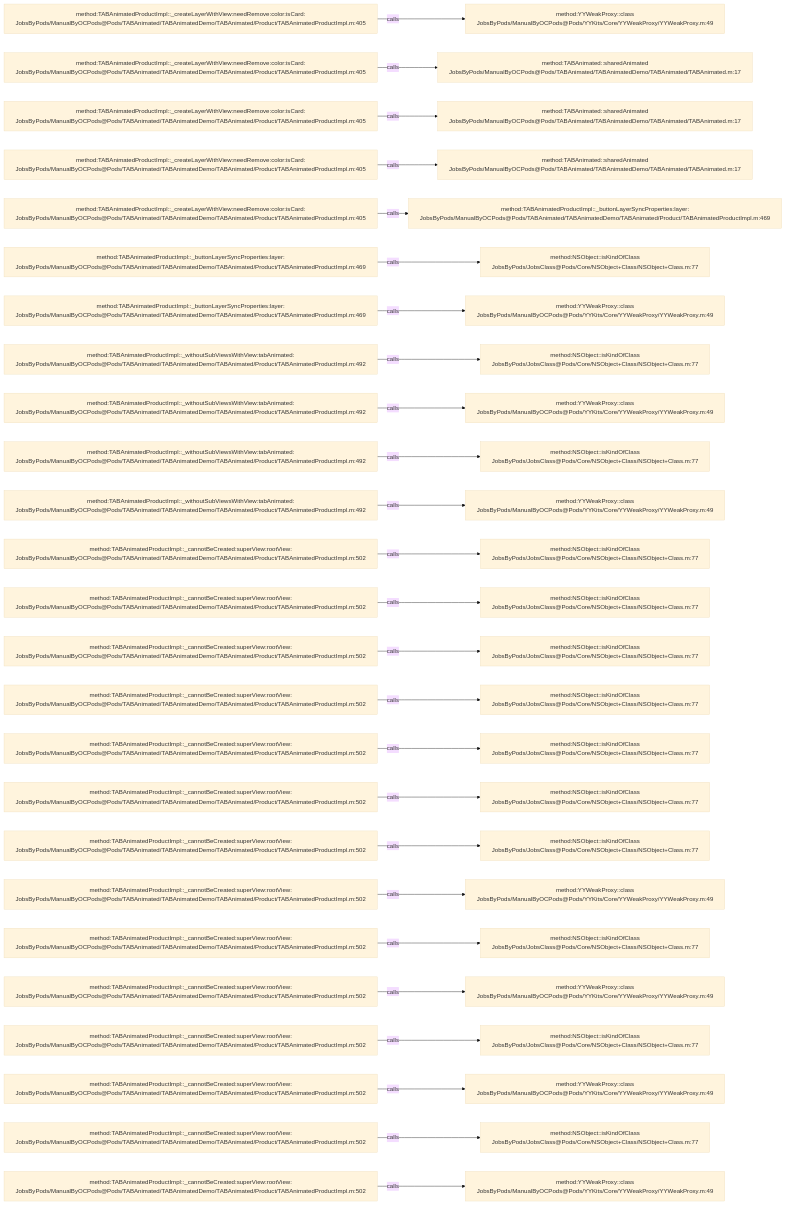
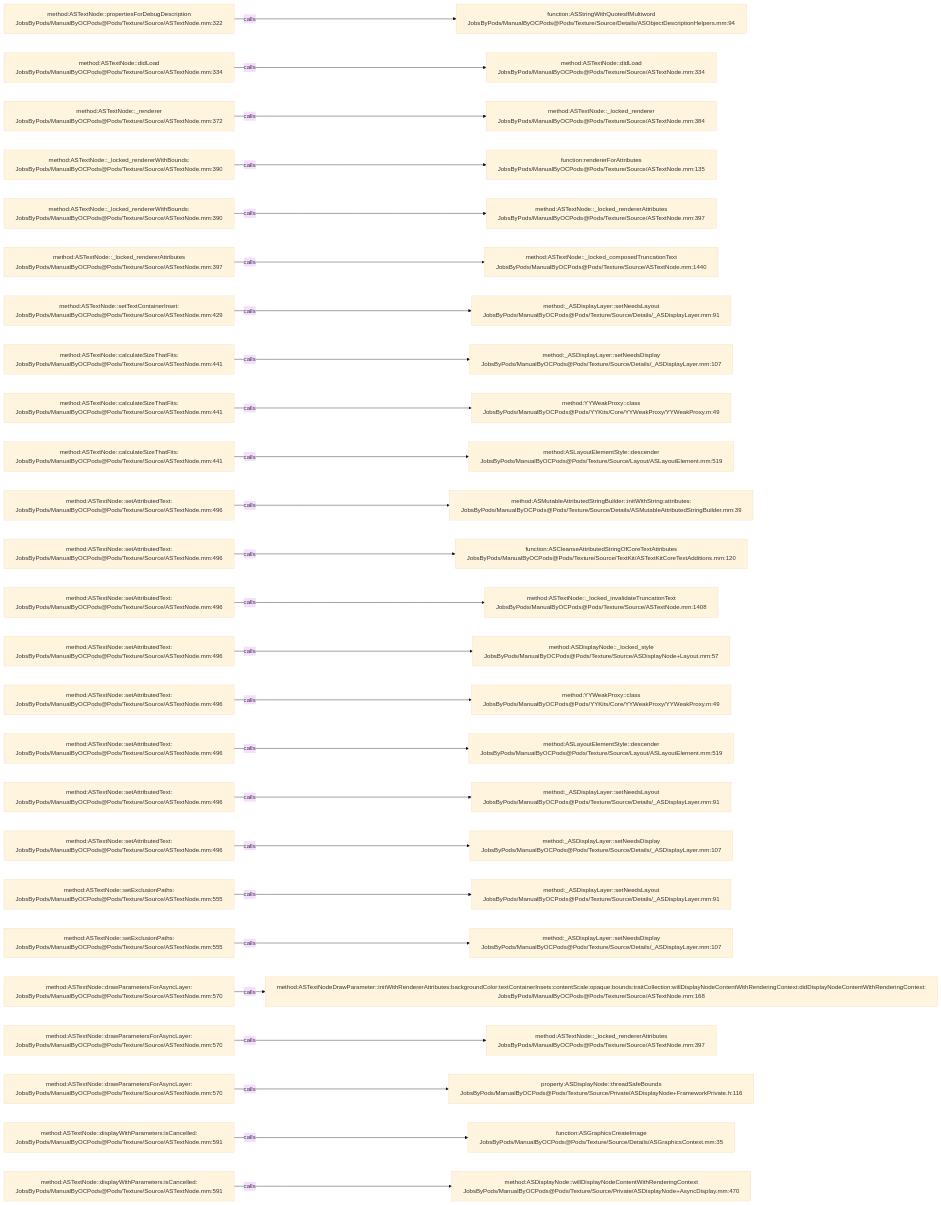
Before and after one commit to JobsKits/JobsOCBaseConfigDemo: the diagram in .codegraph/codegraph.md/graphs/calls-142.md, drawn with Mermaid (base theme). The commit also changed 2162 other files, not shown here.

````diff
--- a/.codegraph/codegraph.md/graphs/calls-142.md
+++ b/.codegraph/codegraph.md/graphs/calls-142.md
@@ -13,78 +13,78 @@
 ```mermaid
 flowchart LR
-  S1["method:TABAnimatedProductImpl::_createLayerWithView:needRemove:color:isCard:<br/>JobsByPods/ManualByOCPods@Pods/TABAnimated/TABAnimatedDemo/TABAnimated/Product/TABAnimatedProductImpl.m:405"]
-  T1["method:YYWeakProxy::class<br/>JobsByPods/ManualByOCPods@Pods/YYKits/Core/YYWeakProxy/YYWeakProxy.m:49"]
+  S1["method:ASTextNode::propertiesForDebugDescription<br/>JobsByPods/ManualByOCPods@Pods/Texture/Source/ASTextNode.mm:322"]
+  T1["function:ASStringWithQuotesIfMultiword<br/>JobsByPods/ManualByOCPods@Pods/Texture/Source/Details/ASObjectDescriptionHelpers.mm:94"]
   S1 -->|calls| T1
-  S2["method:TABAnimatedProductImpl::_createLayerWithView:needRemove:color:isCard:<br/>JobsByPods/ManualByOCPods@Pods/TABAnimated/TABAnimatedDemo/TABAnimated/Product/TABAnimatedProductImpl.m:405"]
-  T2["method:TABAnimated::sharedAnimated<br/>JobsByPods/ManualByOCPods@Pods/TABAnimated/TABAnimatedDemo/TABAnimated/TABAnimated.m:17"]
+  S2["method:ASTextNode::didLoad<br/>JobsByPods/ManualByOCPods@Pods/Texture/Source/ASTextNode.mm:334"]
+  T2["method:ASTextNode::didLoad<br/>JobsByPods/ManualByOCPods@Pods/Texture/Source/ASTextNode.mm:334"]
   S2 -->|calls| T2
-  S3["method:TABAnimatedProductImpl::_createLayerWithView:needRemove:color:isCard:<br/>JobsByPods/ManualByOCPods@Pods/TABAnimated/TABAnimatedDemo/TABAnimated/Product/TABAnimatedProductImpl.m:405"]
-  T3["method:TABAnimated::sharedAnimated<br/>JobsByPods/ManualByOCPods@Pods/TABAnimated/TABAnimatedDemo/TABAnimated/TABAnimated.m:17"]
+  S3["method:ASTextNode::_renderer<br/>JobsByPods/ManualByOCPods@Pods/Texture/Source/ASTextNode.mm:372"]
+  T3["method:ASTextNode::_locked_renderer<br/>JobsByPods/ManualByOCPods@Pods/Texture/Source/ASTextNode.mm:384"]
   S3 -->|calls| T3
-  S4["method:TABAnimatedProductImpl::_createLayerWithView:needRemove:color:isCard:<br/>JobsByPods/ManualByOCPods@Pods/TABAnimated/TABAnimatedDemo/TABAnimated/Product/TABAnimatedProductImpl.m:405"]
-  T4["method:TABAnimated::sharedAnimated<br/>JobsByPods/ManualByOCPods@Pods/TABAnimated/TABAnimatedDemo/TABAnimated/TABAnimated.m:17"]
+  S4["method:ASTextNode::_locked_rendererWithBounds:<br/>JobsByPods/ManualByOCPods@Pods/Texture/Source/ASTextNode.mm:390"]
+  T4["function:rendererForAttributes<br/>JobsByPods/ManualByOCPods@Pods/Texture/Source/ASTextNode.mm:135"]
   S4 -->|calls| T4
-  S5["method:TABAnimatedProductImpl::_createLayerWithView:needRemove:color:isCard:<br/>JobsByPods/ManualByOCPods@Pods/TABAnimated/TABAnimatedDemo/TABAnimated/Product/TABAnimatedProductImpl.m:405"]
-  T5["method:TABAnimatedProductImpl::_buttonLayerSyncProperties:layer:<br/>JobsByPods/ManualByOCPods@Pods/TABAnimated/TABAnimatedDemo/TABAnimated/Product/TABAnimatedProductImpl.m:469"]
+  S5["method:ASTextNode::_locked_rendererWithBounds:<br/>JobsByPods/ManualByOCPods@Pods/Texture/Source/ASTextNode.mm:390"]
+  T5["method:ASTextNode::_locked_rendererAttributes<br/>JobsByPods/ManualByOCPods@Pods/Texture/Source/ASTextNode.mm:397"]
   S5 -->|calls| T5
-  S6["method:TABAnimatedProductImpl::_buttonLayerSyncProperties:layer:<br/>JobsByPods/ManualByOCPods@Pods/TABAnimated/TABAnimatedDemo/TABAnimated/Product/TABAnimatedProductImpl.m:469"]
-  T6["method:NSObject::isKindOfClass<br/>JobsByPods/JobsClass@Pods/Core/NSObject+Class/NSObject+Class.m:77"]
+  S6["method:ASTextNode::_locked_rendererAttributes<br/>JobsByPods/ManualByOCPods@Pods/Texture/Source/ASTextNode.mm:397"]
+  T6["method:ASTextNode::_locked_composedTruncationText<br/>JobsByPods/ManualByOCPods@Pods/Texture/Source/ASTextNode.mm:1440"]
   S6 -->|calls| T6
-  S7["method:TABAnimatedProductImpl::_buttonLayerSyncProperties:layer:<br/>JobsByPods/ManualByOCPods@Pods/TABAnimated/TABAnimatedDemo/TABAnimated/Product/TABAnimatedProductImpl.m:469"]
-  T7["method:YYWeakProxy::class<br/>JobsByPods/ManualByOCPods@Pods/YYKits/Core/YYWeakProxy/YYWeakProxy.m:49"]
+  S7["method:ASTextNode::setTextContainerInset:<br/>JobsByPods/ManualByOCPods@Pods/Texture/Source/ASTextNode.mm:429"]
+  T7["method:_ASDisplayLayer::setNeedsLayout<br/>JobsByPods/ManualByOCPods@Pods/Texture/Source/Details/_ASDisplayLayer.mm:91"]
   S7 -->|calls| T7
-  S8["method:TABAnimatedProductImpl::_withoutSubViewsWithView:tabAnimated:<br/>JobsByPods/ManualByOCPods@Pods/TABAnimated/TABAnimatedDemo/TABAnimated/Product/TABAnimatedProductImpl.m:492"]
-  T8["method:NSObject::isKindOfClass<br/>JobsByPods/JobsClass@Pods/Core/NSObject+Class/NSObject+Class.m:77"]
+  S8["method:ASTextNode::calculateSizeThatFits:<br/>JobsByPods/ManualByOCPods@Pods/Texture/Source/ASTextNode.mm:441"]
+  T8["method:_ASDisplayLayer::setNeedsDisplay<br/>JobsByPods/ManualByOCPods@Pods/Texture/Source/Details/_ASDisplayLayer.mm:107"]
   S8 -->|calls| T8
-  S9["method:TABAnimatedProductImpl::_withoutSubViewsWithView:tabAnimated:<br/>JobsByPods/ManualByOCPods@Pods/TABAnimated/TABAnimatedDemo/TABAnimated/Product/TABAnimatedProductImpl.m:492"]
+  S9["method:ASTextNode::calculateSizeThatFits:<br/>JobsByPods/ManualByOCPods@Pods/Texture/Source/ASTextNode.mm:441"]
   T9["method:YYWeakProxy::class<br/>JobsByPods/ManualByOCPods@Pods/YYKits/Core/YYWeakProxy/YYWeakProxy.m:49"]
   S9 -->|calls| T9
-  S10["method:TABAnimatedProductImpl::_withoutSubViewsWithView:tabAnimated:<br/>JobsByPods/ManualByOCPods@Pods/TABAnimated/TABAnimatedDemo/TABAnimated/Product/TABAnimatedProductImpl.m:492"]
-  T10["method:NSObject::isKindOfClass<br/>JobsByPods/JobsClass@Pods/Core/NSObject+Class/NSObject+Class.m:77"]
+  S10["method:ASTextNode::calculateSizeThatFits:<br/>JobsByPods/ManualByOCPods@Pods/Texture/Source/ASTextNode.mm:441"]
+  T10["method:ASLayoutElementStyle::descender<br/>JobsByPods/ManualByOCPods@Pods/Texture/Source/Layout/ASLayoutElement.mm:519"]
   S10 -->|calls| T10
-  S11["method:TABAnimatedProductImpl::_withoutSubViewsWithView:tabAnimated:<br/>JobsByPods/ManualByOCPods@Pods/TABAnimated/TABAnimatedDemo/TABAnimated/Product/TABAnimatedProductImpl.m:492"]
-  T11["method:YYWeakProxy::class<br/>JobsByPods/ManualByOCPods@Pods/YYKits/Core/YYWeakProxy/YYWeakProxy.m:49"]
+  S11["method:ASTextNode::setAttributedText:<br/>JobsByPods/ManualByOCPods@Pods/Texture/Source/ASTextNode.mm:496"]
+  T11["method:ASMutableAttributedStringBuilder::initWithString:attributes:<br/>JobsByPods/ManualByOCPods@Pods/Texture/Source/Details/ASMutableAttributedStringBuilder.mm:39"]
   S11 -->|calls| T11
-  S12["method:TABAnimatedProductImpl::_cannotBeCreated:superView:rootView:<br/>JobsByPods/ManualByOCPods@Pods/TABAnimated/TABAnimatedDemo/TABAnimated/Product/TABAnimatedProductImpl.m:502"]
-  T12["method:NSObject::isKindOfClass<br/>JobsByPods/JobsClass@Pods/Core/NSObject+Class/NSObject+Class.m:77"]
+  S12["method:ASTextNode::setAttributedText:<br/>JobsByPods/ManualByOCPods@Pods/Texture/Source/ASTextNode.mm:496"]
+  T12["function:ASCleanseAttributedStringOfCoreTextAttributes<br/>JobsByPods/ManualByOCPods@Pods/Texture/Source/TextKit/ASTextKitCoreTextAdditions.mm:120"]
   S12 -->|calls| T12
-  S13["method:TABAnimatedProductImpl::_cannotBeCreated:superView:rootView:<br/>JobsByPods/ManualByOCPods@Pods/TABAnimated/TABAnimatedDemo/TABAnimated/Product/TABAnimatedProductImpl.m:502"]
-  T13["method:NSObject::isKindOfClass<br/>JobsByPods/JobsClass@Pods/Core/NSObject+Class/NSObject+Class.m:77"]
+  S13["method:ASTextNode::setAttributedText:<br/>JobsByPods/ManualByOCPods@Pods/Texture/Source/ASTextNode.mm:496"]
+  T13["method:ASTextNode::_locked_invalidateTruncationText<br/>JobsByPods/ManualByOCPods@Pods/Texture/Source/ASTextNode.mm:1408"]
   S13 -->|calls| T13
-  S14["method:TABAnimatedProductImpl::_cannotBeCreated:superView:rootView:<br/>JobsByPods/ManualByOCPods@Pods/TABAnimated/TABAnimatedDemo/TABAnimated/Product/TABAnimatedProductImpl.m:502"]
-  T14["method:NSObject::isKindOfClass<br/>JobsByPods/JobsClass@Pods/Core/NSObject+Class/NSObject+Class.m:77"]
+  S14["method:ASTextNode::setAttributedText:<br/>JobsByPods/ManualByOCPods@Pods/Texture/Source/ASTextNode.mm:496"]
+  T14["method:ASDisplayNode::_locked_style<br/>JobsByPods/ManualByOCPods@Pods/Texture/Source/ASDisplayNode+Layout.mm:57"]
   S14 -->|calls| T14
-  S15["method:TABAnimatedProductImpl::_cannotBeCreated:superView:rootView:<br/>JobsByPods/ManualByOCPods@Pods/TABAnimated/TABAnimatedDemo/TABAnimated/Product/TABAnimatedProductImpl.m:502"]
-  T15["method:NSObject::isKindOfClass<br/>JobsByPods/JobsClass@Pods/Core/NSObject+Class/NSObject+Class.m:77"]
+  S15["method:ASTextNode::setAttributedText:<br/>JobsByPods/ManualByOCPods@Pods/Texture/Source/ASTextNode.mm:496"]
+  T15["method:YYWeakProxy::class<br/>JobsByPods/ManualByOCPods@Pods/YYKits/Core/YYWeakProxy/YYWeakProxy.m:49"]
   S15 -->|calls| T15
-  S16["method:TABAnimatedProductImpl::_cannotBeCreated:superView:rootView:<br/>JobsByPods/ManualByOCPods@Pods/TABAnimated/TABAnimatedDemo/TABAnimated/Product/TABAnimatedProductImpl.m:502"]
-  T16["method:NSObject::isKindOfClass<br/>JobsByPods/JobsClass@Pods/Core/NSObject+Class/NSObject+Class.m:77"]
+  S16["method:ASTextNode::setAttributedText:<br/>JobsByPods/ManualByOCPods@Pods/Texture/Source/ASTextNode.mm:496"]
+  T16["method:ASLayoutElementStyle::descender<br/>JobsByPods/ManualByOCPods@Pods/Texture/Source/Layout/ASLayoutElement.mm:519"]
   S16 -->|calls| T16
-  S17["method:TABAnimatedProductImpl::_cannotBeCreated:superView:rootView:<br/>JobsByPods/ManualByOCPods@Pods/TABAnimated/TABAnimatedDemo/TABAnimated/Product/TABAnimatedProductImpl.m:502"]
-  T17["method:NSObject::isKindOfClass<br/>JobsByPods/JobsClass@Pods/Core/NSObject+Class/NSObject+Class.m:77"]
+  S17["method:ASTextNode::setAttributedText:<br/>JobsByPods/ManualByOCPods@Pods/Texture/Source/ASTextNode.mm:496"]
+  T17["method:_ASDisplayLayer::setNeedsLayout<br/>JobsByPods/ManualByOCPods@Pods/Texture/Source/Details/_ASDisplayLayer.mm:91"]
   S17 -->|calls| T17
-  S18["method:TABAnimatedProductImpl::_cannotBeCreated:superView:rootView:<br/>JobsByPods/ManualByOCPods@Pods/TABAnimated/TABAnimatedDemo/TABAnimated/Product/TABAnimatedProductImpl.m:502"]
-  T18["method:NSObject::isKindOfClass<br/>JobsByPods/JobsClass@Pods/Core/NSObject+Class/NSObject+Class.m:77"]
+  S18["method:ASTextNode::setAttributedText:<br/>JobsByPods/ManualByOCPods@Pods/Texture/Source/ASTextNode.mm:496"]
+  T18["method:_ASDisplayLayer::setNeedsDisplay<br/>JobsByPods/ManualByOCPods@Pods/Texture/Source/Details/_ASDisplayLayer.mm:107"]
   S18 -->|calls| T18
-  S19["method:TABAnimatedProductImpl::_cannotBeCreated:superView:rootView:<br/>JobsByPods/ManualByOCPods@Pods/TABAnimated/TABAnimatedDemo/TABAnimated/Product/TABAnimatedProductImpl.m:502"]
-  T19["method:YYWeakProxy::class<br/>JobsByPods/ManualByOCPods@Pods/YYKits/Core/YYWeakProxy/YYWeakProxy.m:49"]
+  S19["method:ASTextNode::setExclusionPaths:<br/>JobsByPods/ManualByOCPods@Pods/Texture/Source/ASTextNode.mm:555"]
+  T19["method:_ASDisplayLayer::setNeedsLayout<br/>JobsByPods/ManualByOCPods@Pods/Texture/Source/Details/_ASDisplayLayer.mm:91"]
   S19 -->|calls| T19
-  S20["method:TABAnimatedProductImpl::_cannotBeCreated:superView:rootView:<br/>JobsByPods/ManualByOCPods@Pods/TABAnimated/TABAnimatedDemo/TABAnimated/Product/TABAnimatedProductImpl.m:502"]
-  T20["method:NSObject::isKindOfClass<br/>JobsByPods/JobsClass@Pods/Core/NSObject+Class/NSObject+Class.m:77"]
+  S20["method:ASTextNode::setExclusionPaths:<br/>JobsByPods/ManualByOCPods@Pods/Texture/Source/ASTextNode.mm:555"]
+  T20["method:_ASDisplayLayer::setNeedsDisplay<br/>JobsByPods/ManualByOCPods@Pods/Texture/Source/Details/_ASDisplayLayer.mm:107"]
   S20 -->|calls| T20
-  S21["method:TABAnimatedProductImpl::_cannotBeCreated:superView:rootView:<br/>JobsByPods/ManualByOCPods@Pods/TABAnimated/TABAnimatedDemo/TABAnimated/Product/TABAnimatedProductImpl.m:502"]
-  T21["method:YYWeakProxy::class<br/>JobsByPods/ManualByOCPods@Pods/YYKits/Core/YYWeakProxy/YYWeakProxy.m:49"]
+  S21["method:ASTextNode::drawParametersForAsyncLayer:<br/>JobsByPods/ManualByOCPods@Pods/Texture/Source/ASTextNode.mm:570"]
+  T21["method:ASTextNodeDrawParameter::initWithRendererAttributes:backgroundColor:textContainerInsets:contentScale:opaque:bounds:traitCollection:willDisplayNodeContentWithRenderingContext:didDisplayNodeContentWithRenderingContext:<br/>JobsByPods/ManualByOCPods@Pods/Texture/Source/ASTextNode.mm:168"]
   S21 -->|calls| T21
-  S22["method:TABAnimatedProductImpl::_cannotBeCreated:superView:rootView:<br/>JobsByPods/ManualByOCPods@Pods/TABAnimated/TABAnimatedDemo/TABAnimated/Product/TABAnimatedProductImpl.m:502"]
-  T22["method:NSObject::isKindOfClass<br/>JobsByPods/JobsClass@Pods/Core/NSObject+Class/NSObject+Class.m:77"]
+  S22["method:ASTextNode::drawParametersForAsyncLayer:<br/>JobsByPods/ManualByOCPods@Pods/Texture/Source/ASTextNode.mm:570"]
+  T22["method:ASTextNode::_locked_rendererAttributes<br/>JobsByPods/ManualByOCPods@Pods/Texture/Source/ASTextNode.mm:397"]
   S22 -->|calls| T22
-  S23["method:TABAnimatedProductImpl::_cannotBeCreated:superView:rootView:<br/>JobsByPods/ManualByOCPods@Pods/TABAnimated/TABAnimatedDemo/TABAnimated/Product/TABAnimatedProductImpl.m:502"]
-  T23["method:YYWeakProxy::class<br/>JobsByPods/ManualByOCPods@Pods/YYKits/Core/YYWeakProxy/YYWeakProxy.m:49"]
+  S23["method:ASTextNode::drawParametersForAsyncLayer:<br/>JobsByPods/ManualByOCPods@Pods/Texture/Source/ASTextNode.mm:570"]
+  T23["property:ASDisplayNode::threadSafeBounds<br/>JobsByPods/ManualByOCPods@Pods/Texture/Source/Private/ASDisplayNode+FrameworkPrivate.h:116"]
   S23 -->|calls| T23
-  S24["method:TABAnimatedProductImpl::_cannotBeCreated:superView:rootView:<br/>JobsByPods/ManualByOCPods@Pods/TABAnimated/TABAnimatedDemo/TABAnimated/Product/TABAnimatedProductImpl.m:502"]
-  T24["method:NSObject::isKindOfClass<br/>JobsByPods/JobsClass@Pods/Core/NSObject+Class/NSObject+Class.m:77"]
+  S24["method:ASTextNode::displayWithParameters:isCancelled:<br/>JobsByPods/ManualByOCPods@Pods/Texture/Source/ASTextNode.mm:591"]
+  T24["function:ASGraphicsCreateImage<br/>JobsByPods/ManualByOCPods@Pods/Texture/Source/Details/ASGraphicsContext.mm:35"]
   S24 -->|calls| T24
-  S25["method:TABAnimatedProductImpl::_cannotBeCreated:superView:rootView:<br/>JobsByPods/ManualByOCPods@Pods/TABAnimated/TABAnimatedDemo/TABAnimated/Product/TABAnimatedProductImpl.m:502"]
-  T25["method:YYWeakProxy::class<br/>JobsByPods/ManualByOCPods@Pods/YYKits/Core/YYWeakProxy/YYWeakProxy.m:49"]
+  S25["method:ASTextNode::displayWithParameters:isCancelled:<br/>JobsByPods/ManualByOCPods@Pods/Texture/Source/ASTextNode.mm:591"]
+  T25["method:ASDisplayNode::willDisplayNodeContentWithRenderingContext<br/>JobsByPods/ManualByOCPods@Pods/Texture/Source/Private/ASDisplayNode+AsyncDisplay.mm:470"]
   S25 -->|calls| T25
 ```
````
